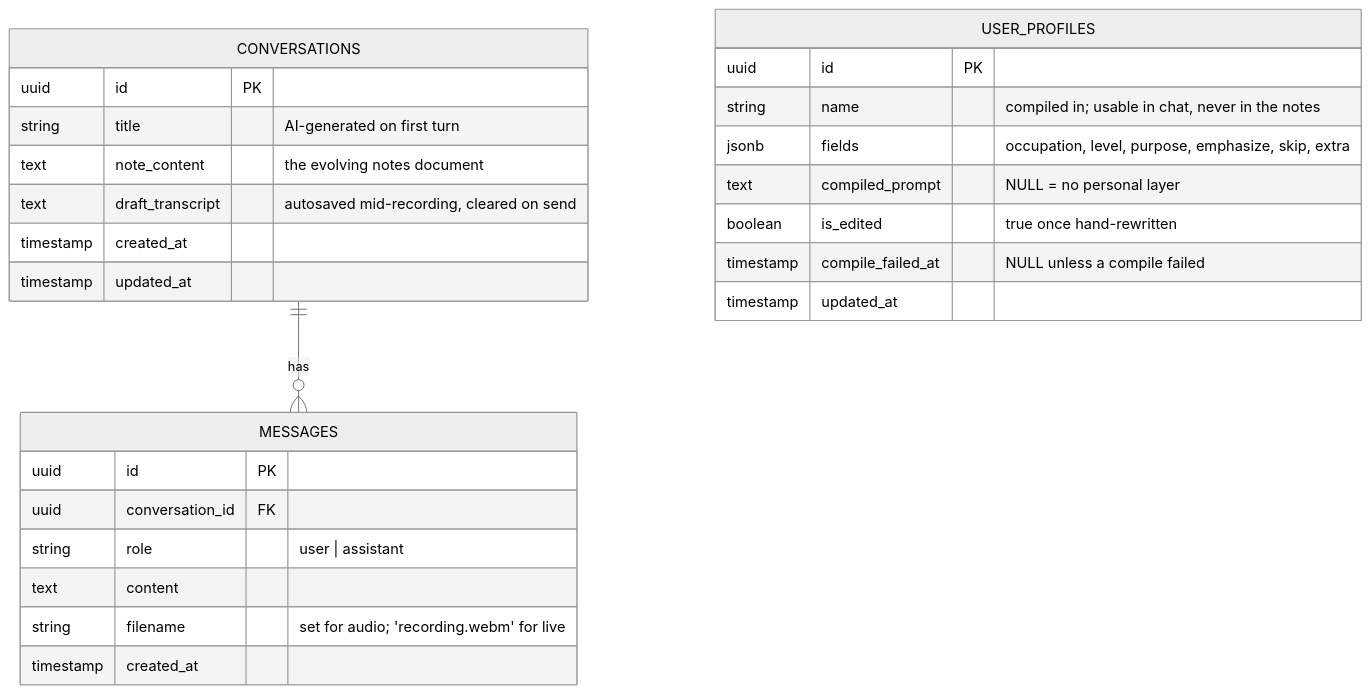
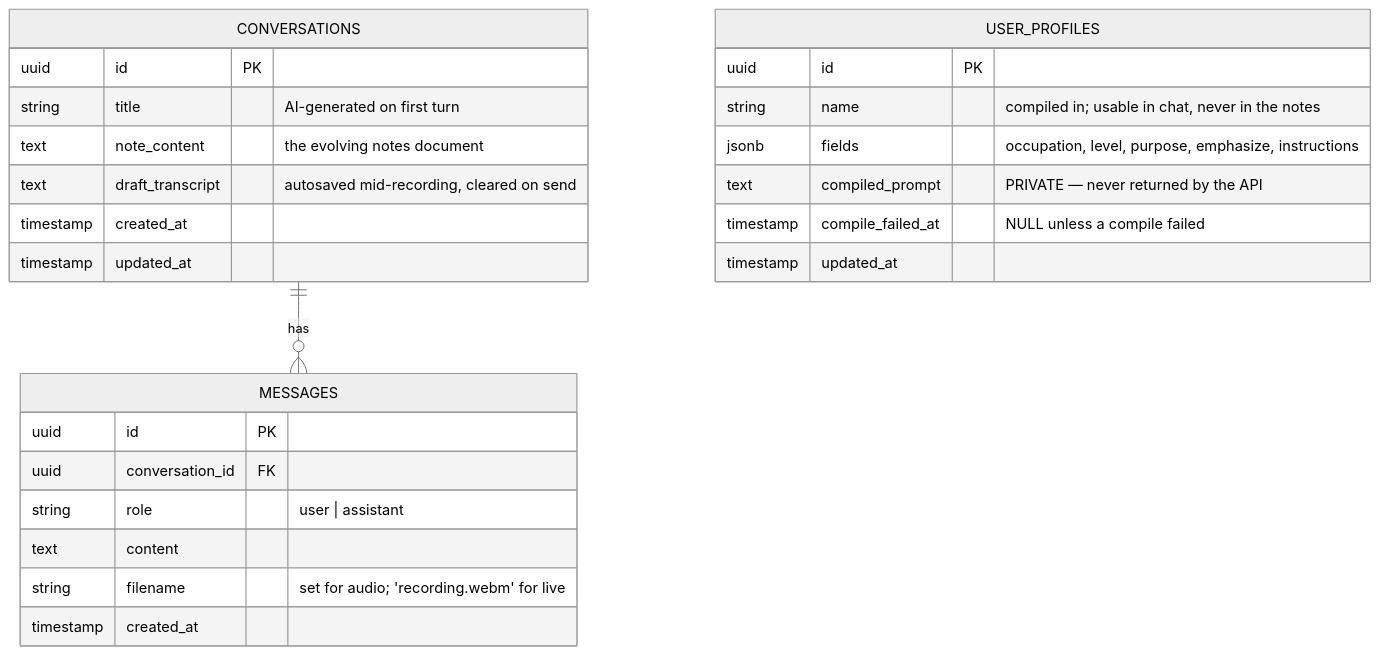
One commit to karlwehbe/AI-Note-taker changed the second of 16 diagrams in FLOW.md. Above: the diagram before and after it, drawn with Mermaid (neutral theme). The commit also changed other lines of this file and 1 other file, not shown here.

Commit message:
Updated README.md and FLOW.md

````diff
--- a/FLOW.md
+++ b/FLOW.md
@@ -67,29 +67,28 @@
 ```mermaid
 erDiagram
   CONVERSATIONS ||--o{ MESSAGES : has
   CONVERSATIONS {
     uuid id PK
     string title "AI-generated on first turn"
     text note_content "the evolving notes document"
     text draft_transcript "autosaved mid-recording, cleared on send"
     timestamp created_at
     timestamp updated_at
   }
   MESSAGES {
     uuid id PK
     uuid conversation_id FK
     string role "user | assistant"
     text content
     string filename "set for audio; 'recording.webm' for live"
     timestamp created_at
   }
   USER_PROFILES {
     uuid id PK
     string name "compiled in; usable in chat, never in the notes"
-    jsonb fields "occupation, level, purpose, emphasize, skip, extra"
-    text compiled_prompt "NULL = no personal layer"
-    boolean is_edited "true once hand-rewritten"
+    jsonb fields "occupation, level, purpose, emphasize, instructions"
+    text compiled_prompt "PRIVATE — never returned by the API"
     timestamp compile_failed_at "NULL unless a compile failed"
     timestamp updated_at
   }
 ```
````
